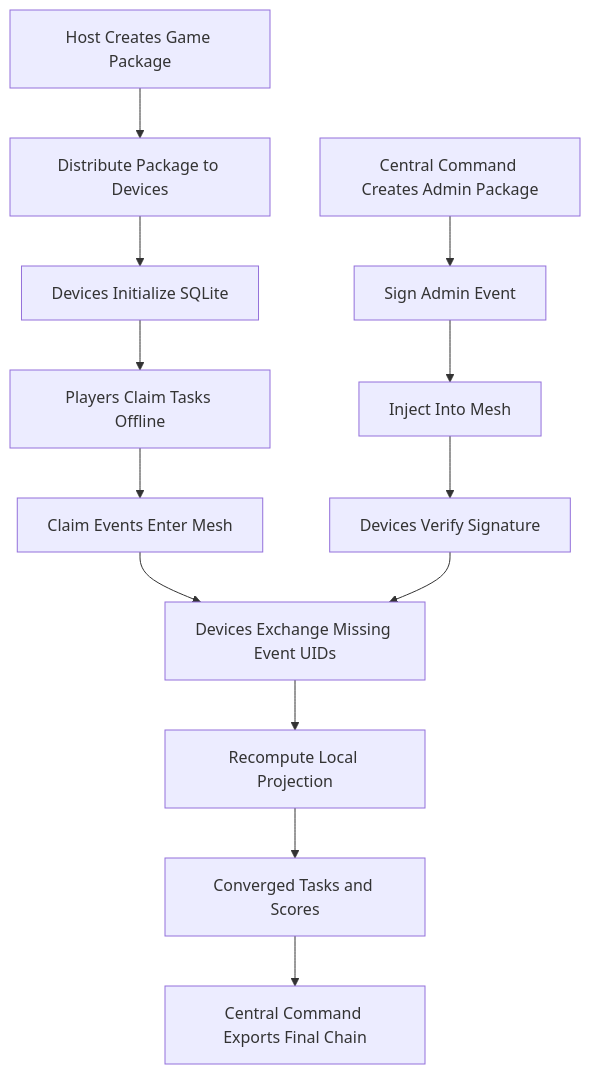
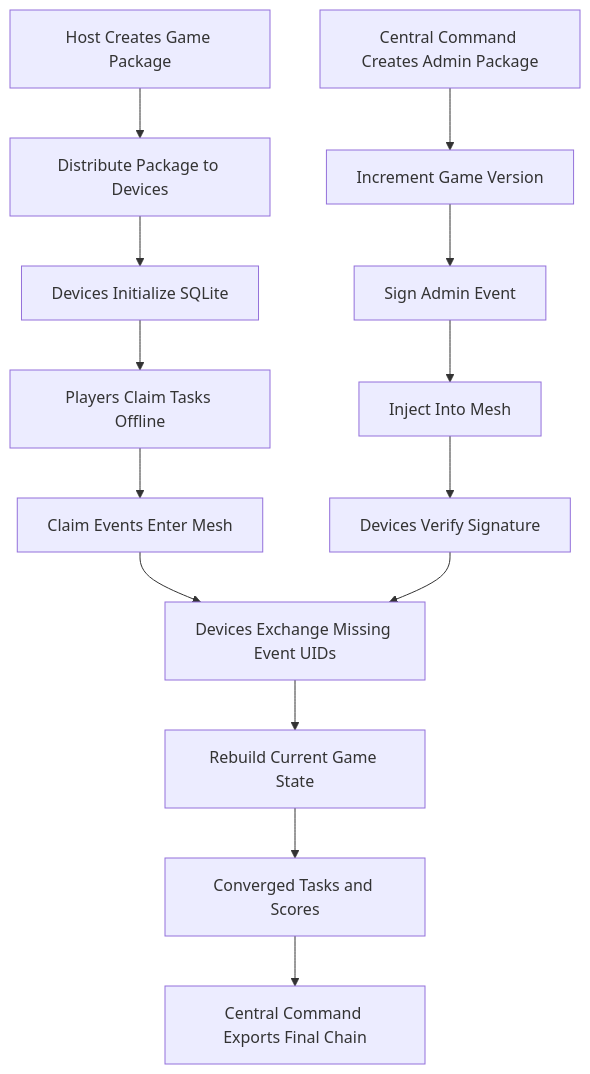
The fifth of 5 diagrams in docs/design-doc.md (Gabriel-Gerdes/HumanHaunt), drawn with Mermaid before and after one commit. The commit also changed other lines of this file, not shown here.

Commit message:
Adding game version to claims

````diff
--- a/docs/design-doc.md
+++ b/docs/design-doc.md
@@ -405,15 +450,16 @@
 ```mermaid
 flowchart TD
   setup[Host Creates Game Package] --> distribute[Distribute Package to Devices]
   distribute --> initialize[Devices Initialize SQLite]
   initialize --> play[Players Claim Tasks Offline]
   play --> claim_events[Claim Events Enter Mesh]
-  command[Central Command Creates Admin Package] --> sign[Sign Admin Event]
+  command[Central Command Creates Admin Package] --> increment[Increment Game Version]
+  increment --> sign[Sign Admin Event]
   sign --> inject[Inject Into Mesh]
   inject --> verify[Devices Verify Signature]
   claim_events --> sync[Devices Exchange Missing Event UIDs]
   verify --> sync
-  sync --> project[Recompute Local Projection]
+  sync --> project[Rebuild Current Game State]
   project --> final_state[Converged Tasks and Scores]
   final_state --> export[Central Command Exports Final Chain]
 ```
````
